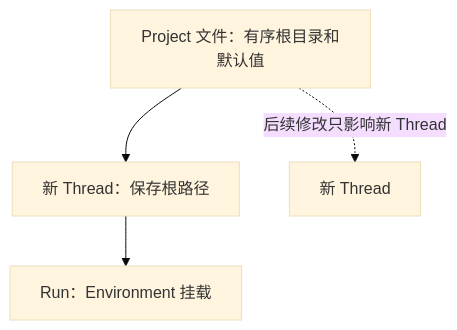
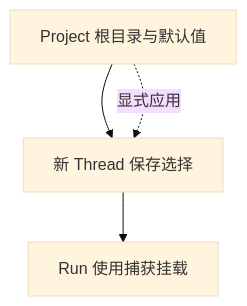
The diagram in docs/a13n-harness-ui/environments-and-projects.zh-CN.md (Jarvis636431/agent-foundation), drawn with Mermaid (base theme) before and after one commit. The commit also changed other lines of this file and 202 other files, not shown here.

````diff
--- a/docs/a13n-harness-ui/environments-and-projects.zh-CN.md
+++ b/docs/a13n-harness-ui/environments-and-projects.zh-CN.md
@@ -44,9 +158,8 @@
 ```mermaid
 flowchart TB
-    P[Project 文件：有序根目录和默认值] --> T[新 Thread：保存根路径]
-    T --> R[Run：Environment 挂载]
-    P -. 后续修改只影响新 Thread .-> N[新 Thread]
-
+    P[Project 根目录与默认值] --> T[新 Thread 保存选择]
+    T --> R[Run 使用捕获挂载]
+    P -. 显式应用 .-> T
     class P store
-    class T,R,N a13n
+    class T,R a13n
 ```
````
